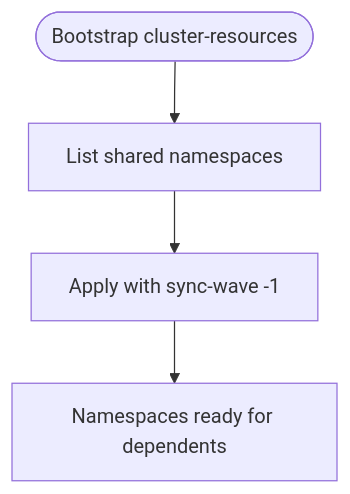
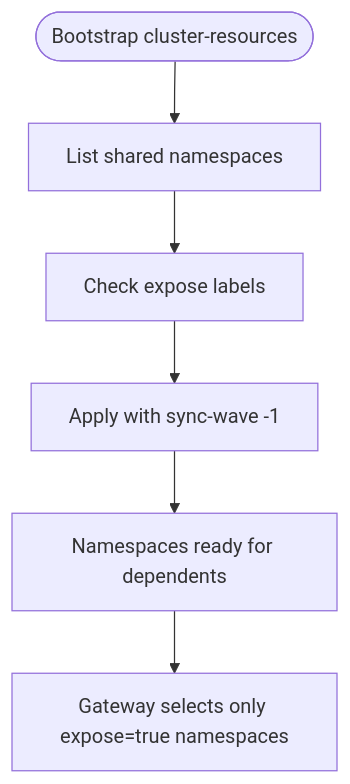
The third of 9 diagrams in .qoder/repowiki/en/content/Application Configuration/Namespace Management and Isolation.md (Hoangvu75/k8s_manifest), drawn with Mermaid before and after one commit. The commit also changed other lines of this file and 5 other files, not shown here.

````diff
--- a/.qoder/repowiki/en/content/Application Configuration/Namespace Management and Isolation.md
+++ b/.qoder/repowiki/en/content/Application Configuration/Namespace Management and Isolation.md
@@ -129,6 +145,8 @@
 ```mermaid
 flowchart TD
 Start(["Bootstrap cluster-resources"]) --> ListNamespaces["List shared namespaces"]
-ListNamespaces --> ApplyWave["Apply with sync-wave -1"]
+ListNamespaces --> CheckExpose["Check expose labels"]
+CheckExpose --> ApplyWave["Apply with sync-wave -1"]
 ApplyWave --> Ready["Namespaces ready for dependents"]
+Ready --> FilterGateway["Gateway selects only expose=true namespaces"]
 ```
````
